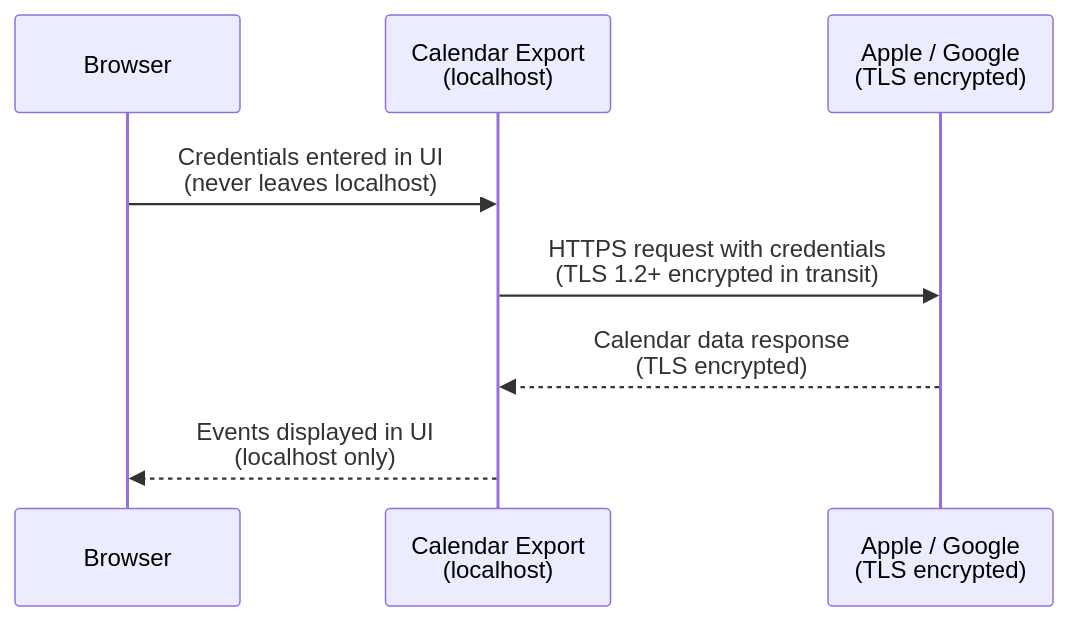
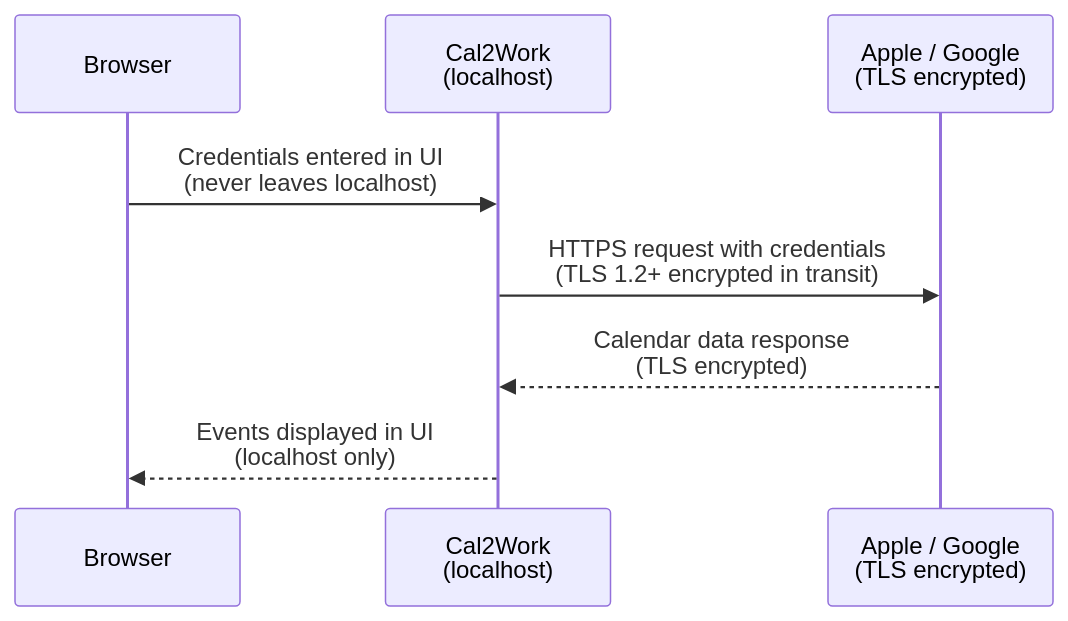
One commit to CGangDev/cal2work changed the diagram in README.md. Above: the diagram before and after it, drawn with Mermaid. The commit also changed other lines of this file and 13 other files, not shown here.

First line of the commit message:
Rename project to Cal2Work

````diff
--- a/README.md
+++ b/README.md
@@ -116,11 +116,11 @@
 ```mermaid
 sequenceDiagram
     participant Browser
-    participant App as Calendar Export<br/>(localhost)
+    participant App as Cal2Work<br/>(localhost)
     participant Apple as Apple / Google<br/>(TLS encrypted)
 
     Browser->>App: Credentials entered in UI<br/>(never leaves localhost)
     App->>Apple: HTTPS request with credentials<br/>(TLS 1.2+ encrypted in transit)
     Apple-->>App: Calendar data response<br/>(TLS encrypted)
     App-->>Browser: Events displayed in UI<br/>(localhost only)
 ```
````
